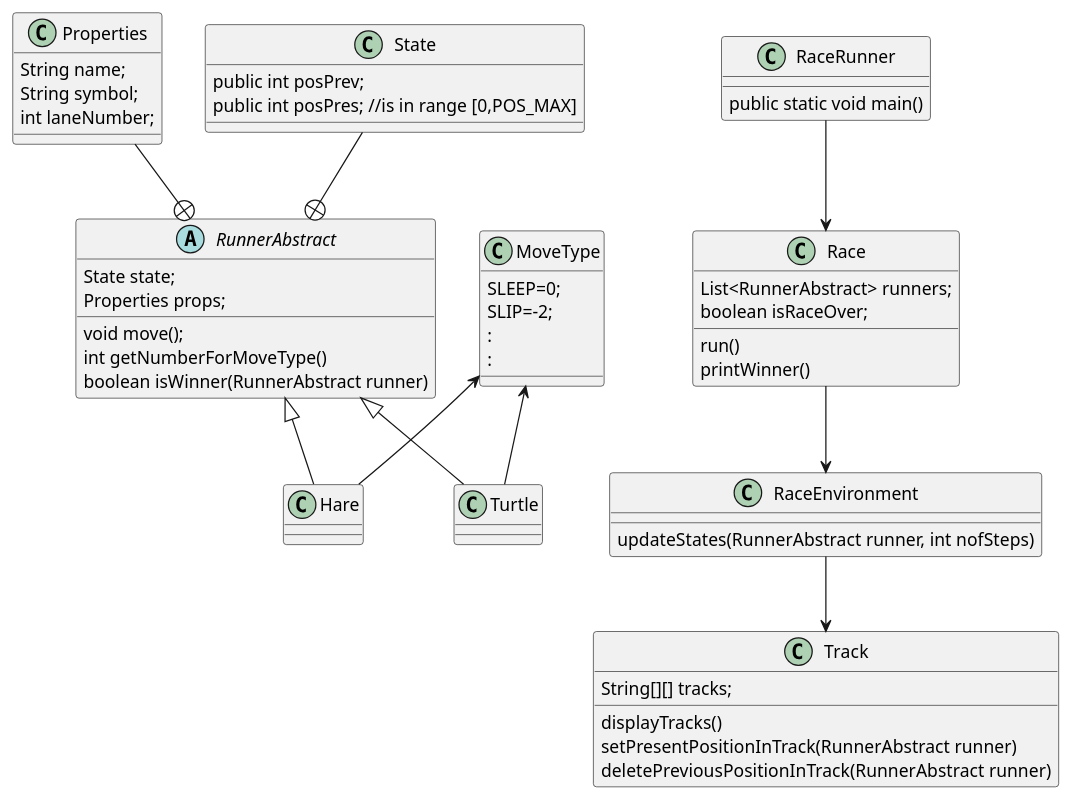
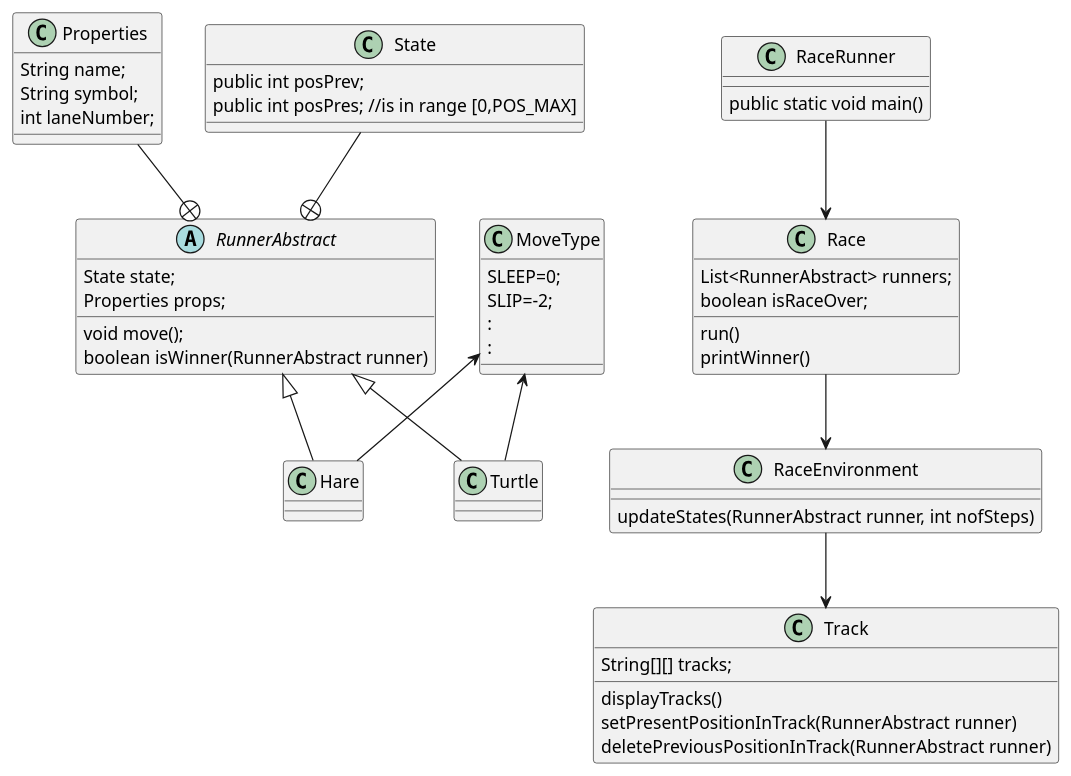
Before and after one commit to JonasHellgren/JavaBasics: the diagram in src/codinghomework/plantuml/tortoise_vs_hare.puml, drawn with PlantUML. The commit also changed 5 other files, not shown here.

```diff
--- a/src/codinghomework/plantuml/tortoise_vs_hare.puml
+++ b/src/codinghomework/plantuml/tortoise_vs_hare.puml
@@ -1,69 +1,68 @@
 @startuml
 'https://plantuml.com/class-diagram
 
 'https://java-programming.mooc.fi/part-11/1-class-diagrams
 
 class State {
        public int posPrev;
        public int posPres; //is in range [0,POS_MAX]
 }
 
 class Properties {
         String name;
         String symbol;
         int laneNumber;
 }
 
 abstract class RunnerAbstract {
     State state;
     Properties props;
 
     void move();
-    int getNumberForMoveType()
     boolean isWinner(RunnerAbstract runner)
 }
 
 class MoveType {
     SLEEP=0;
     SLIP=-2;
     :
     :
 }
 
 RunnerAbstract +-u- State
 RunnerAbstract +-u- Properties
 RunnerAbstract <|-- Hare
 RunnerAbstract <|-- Turtle
 
 MoveType <-d- Turtle
 MoveType <-d- Hare
 
 class RaceRunner {
     public static void main()
 }
 
 class Race {
     List<RunnerAbstract> runners;
     boolean isRaceOver;
     run()
     printWinner()
 }
 
 class RaceEnvironment {
     updateStates(RunnerAbstract runner, int nofSteps)
  }
 
 class Track {
 String[][] tracks;
 
 displayTracks()
 setPresentPositionInTrack(RunnerAbstract runner)
 deletePreviousPositionInTrack(RunnerAbstract runner)
 
 }
 
 RaceRunner --> Race
 Race --> RaceEnvironment
 RaceEnvironment --> Track
 
 @enduml
```
